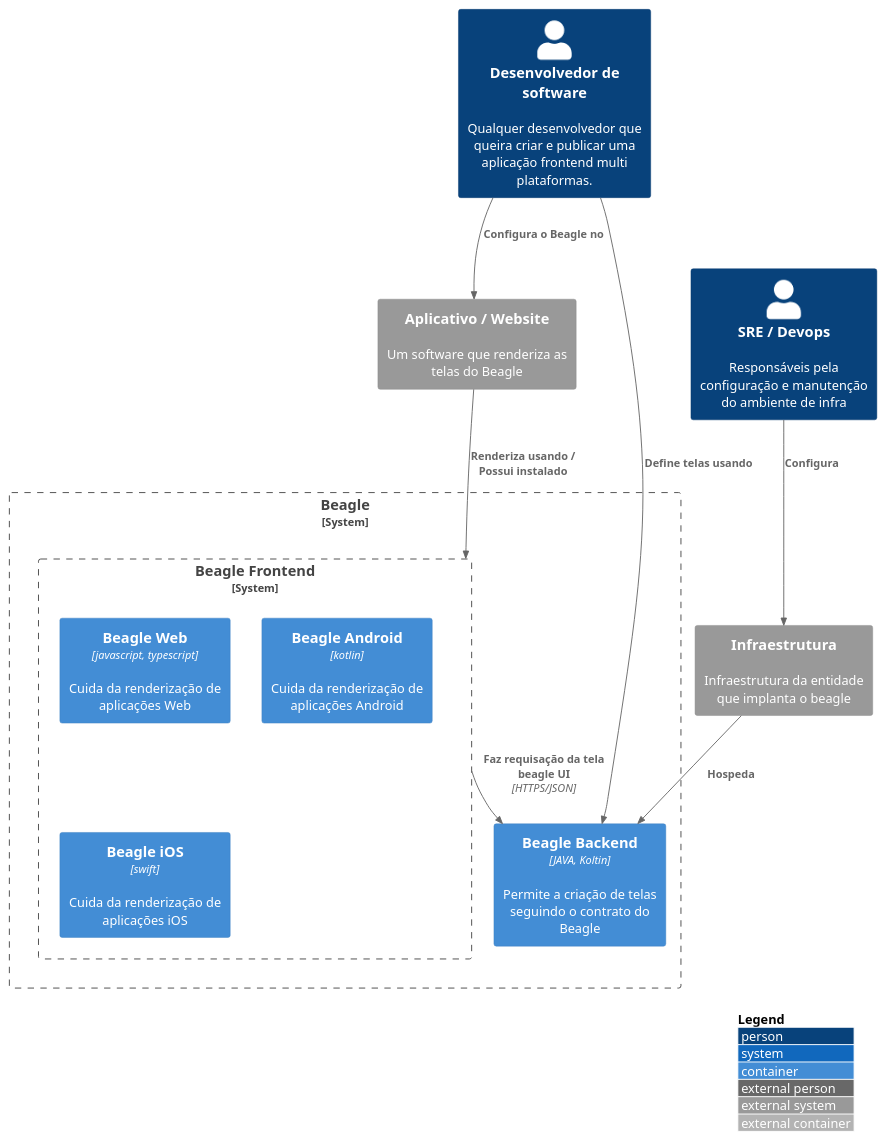
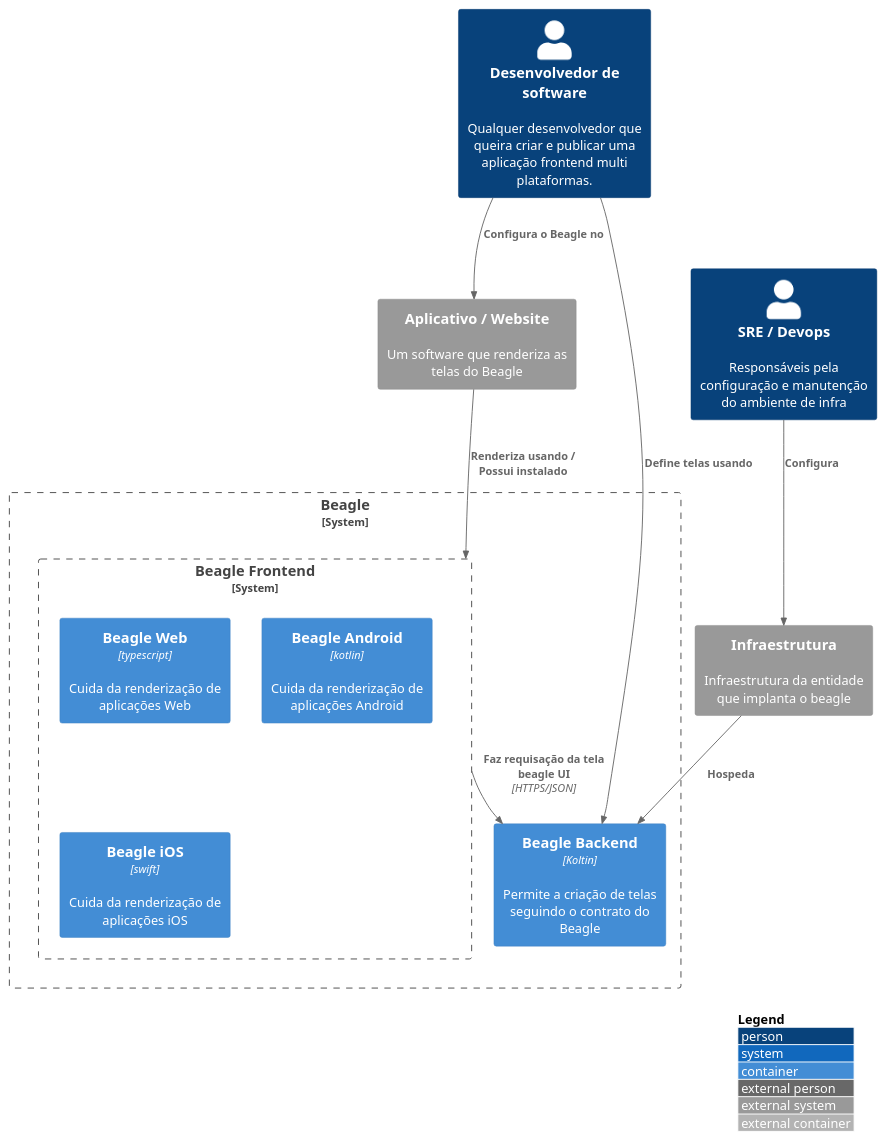
One commit to ZupIT/beagle-c4model changed the diagram in pt-br/src/C2 - Container/c2.puml. Above: the diagram before and after it, drawn with PlantUML. The commit also changed 4 other files, not shown here.

Commit message:
Updates diagrams

```diff
--- a/pt-br/src/C2 - Container/c2.puml
+++ b/pt-br/src/C2 - Container/c2.puml
@@ -1,29 +1,29 @@
 @startuml container
 !include https://raw.githubusercontent.com/adrianvlupu/C4-PlantUML/latest/C4_Container.puml
 
 LAYOUT_WITH_LEGEND()
 
 Person(software_developer, "Desenvolvedor de software", "Qualquer desenvolvedor que queira criar e publicar uma aplicação frontend multi plataformas.")
 System_Boundary(beagle, "Beagle"){
   
-  Container(beagle_backend, "Beagle Backend", "JAVA, Koltin", "Permite a criação de telas seguindo o contrato do Beagle")
+  Container(beagle_backend, "Beagle Backend", "Koltin", "Permite a criação de telas seguindo o contrato do Beagle")
 
   System_Boundary(beagle_frontend, "Beagle Frontend") {
       
-    Container(beagle_web_core, "Beagle Web", "javascript, typescript", "Cuida da renderização de aplicações Web")
+    Container(beagle_web_core, "Beagle Web", "typescript", "Cuida da renderização de aplicações Web")
       Container(beagle_android, "Beagle Android", "kotlin", "Cuida da renderização de aplicações Android")
       Container(beagle_ios, "Beagle iOS", "swift", "Cuida da renderização de aplicações iOS")
   }
 }
 System_Ext(frontend_app, "Aplicativo / Website", "Um software que renderiza as telas do Beagle")
 System_Ext(infra, "Infraestrutura", "Infraestrutura da entidade que implanta o beagle")
 Person(sre, "SRE / Devops", "Responsáveis pela configuração e manutenção do ambiente de infra")
 
 Rel(software_developer, beagle_backend, "Define telas usando")
 Rel(frontend_app, beagle_frontend, "Renderiza usando / Possui instalado")
 Rel(beagle_frontend, beagle_backend, "Faz requisação da tela beagle UI","HTTPS/JSON")
 Rel(infra, beagle_backend, "Hospeda")
 Rel(sre, infra, "Configura")
 Rel(software_developer, frontend_app, "Configura o Beagle no")
 
 @enduml
```
